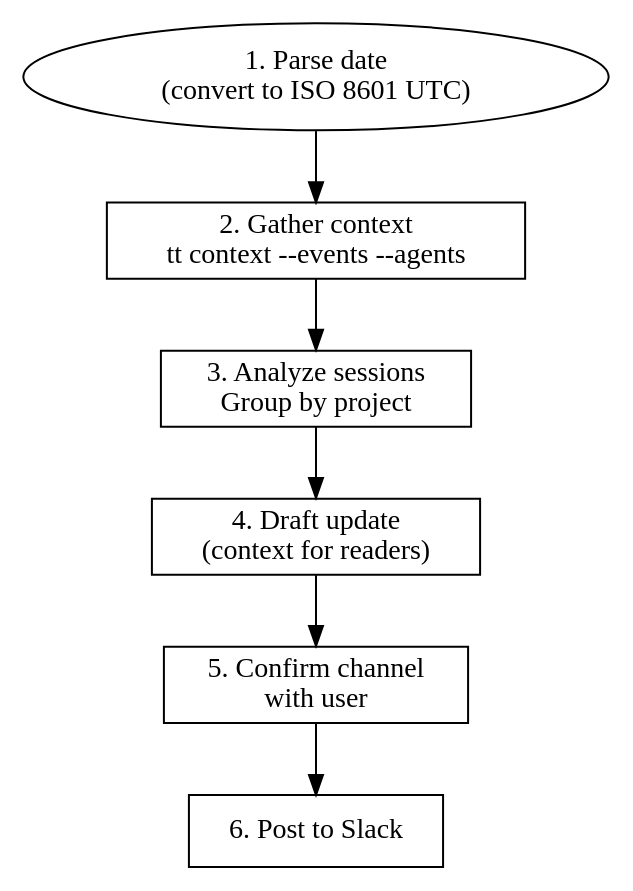
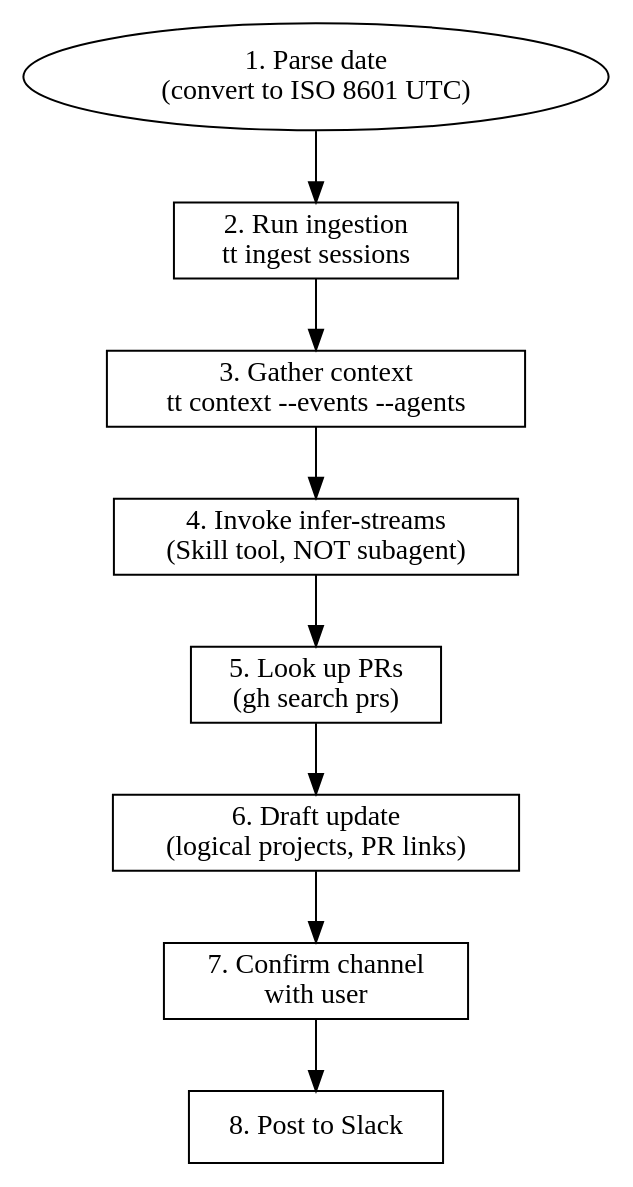
One commit to sjawhar/time-tracker changed the diagram in .claude/skills/daily-standup/SKILL.md. Above: the diagram before and after it, drawn with Graphviz. The commit also changed other lines of this file and 11 other files, not shown here.

````diff
--- a/.claude/skills/daily-standup/SKILL.md
+++ b/.claude/skills/daily-standup/SKILL.md
@@ -19,15 +19,17 @@
 ```dot
 digraph standup {
   rankdir=TB;
   node [shape=box];
 
   start [label="1. Parse date\n(convert to ISO 8601 UTC)" shape=ellipse];
-  gather [label="2. Gather context\ntt context --events --agents"];
-  analyze [label="3. Analyze sessions\nGroup by project"];
-  draft [label="4. Draft update\n(context for readers)"];
-  confirm [label="5. Confirm channel\nwith user"];
-  post [label="6. Post to Slack"];
+  ingest [label="2. Run ingestion\ntt ingest sessions"];
+  gather [label="3. Gather context\ntt context --events --agents"];
+  analyze [label="4. Invoke infer-streams\n(Skill tool, NOT subagent)"];
+  prs [label="5. Look up PRs\n(gh search prs)"];
+  draft [label="6. Draft update\n(logical projects, PR links)"];
+  confirm [label="7. Confirm channel\nwith user"];
+  post [label="8. Post to Slack"];
 
-  start -> gather -> analyze -> draft -> confirm -> post;
+  start -> ingest -> gather -> analyze -> prs -> draft -> confirm -> post;
 }
 ```
````
